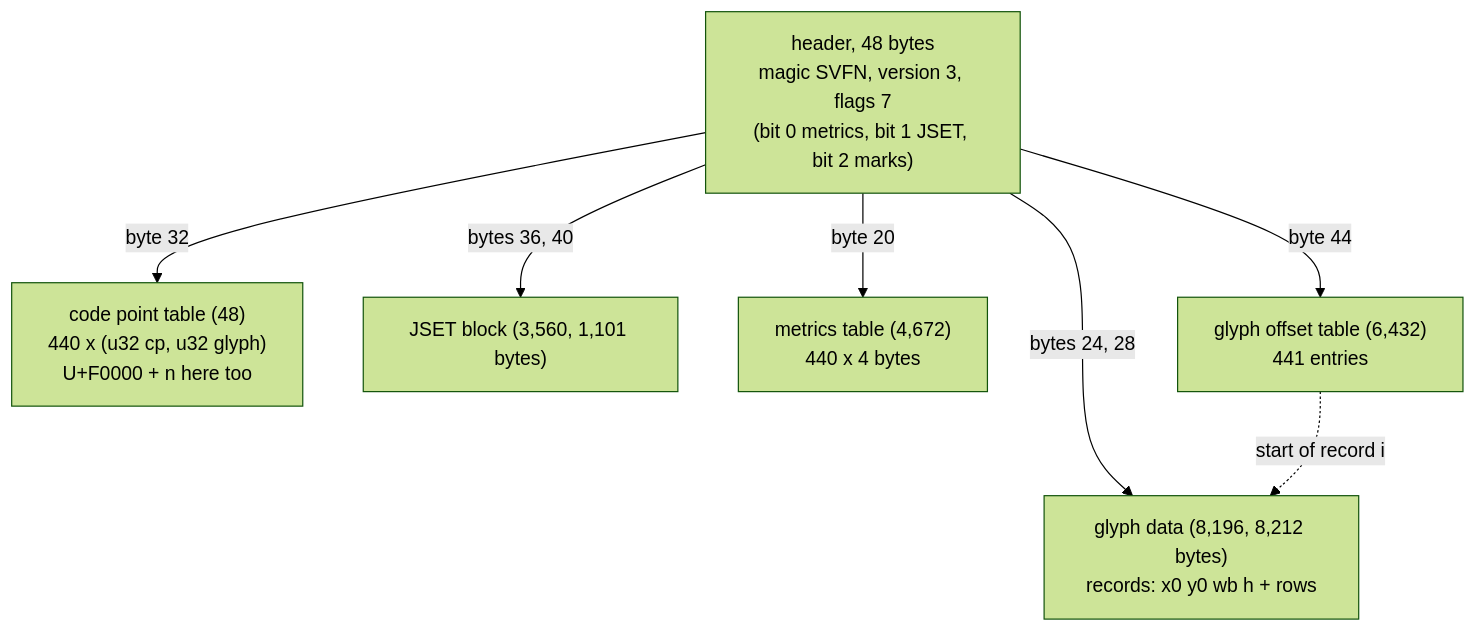
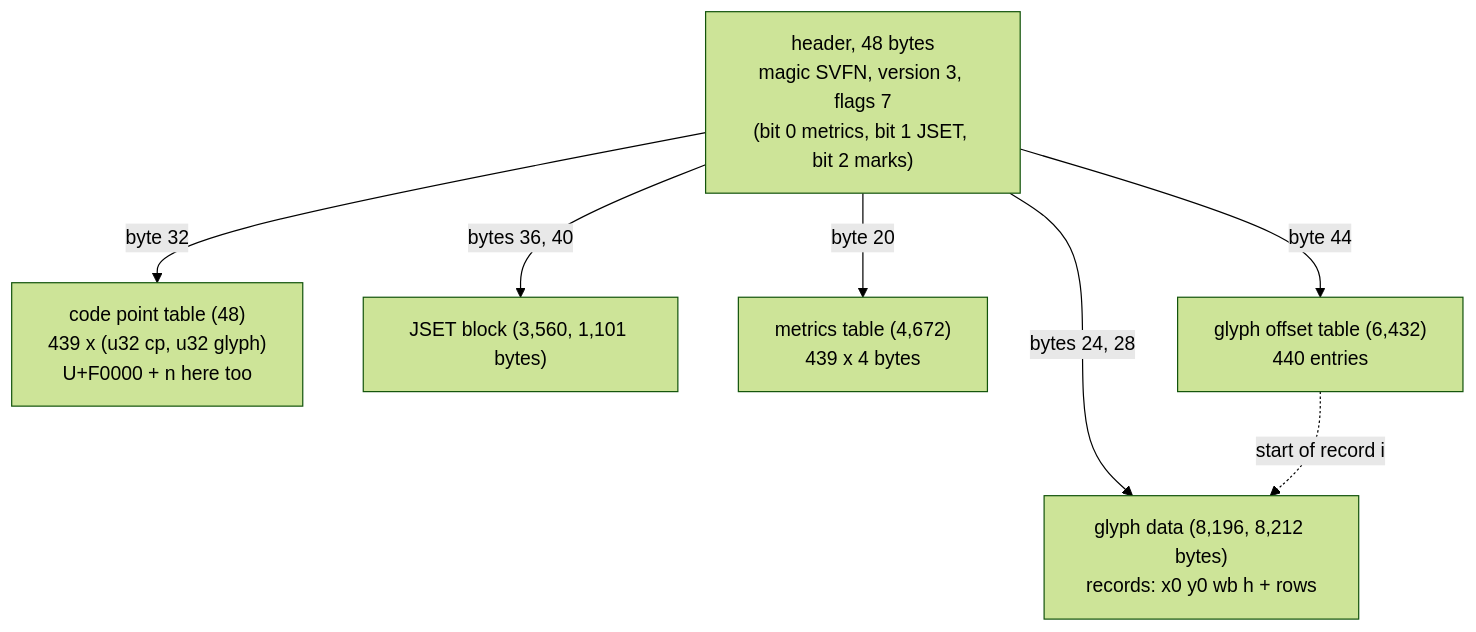
Diagram 13 of 27 in docs/jamo-sets.md (TaehyunKimLL/svf-fonts-open), drawn with Mermaid (forest theme) before and after one commit. The commit also changed other lines of this file and 10 other files, not shown here.

Commit message:
docs/jamo-sets: 삼보/KSSM 상용 조합형 and KS C 5601-1987 (행정전산망) history with a timeline and sources; README front-page document index incl. recipes; tests and NOTICE updated for svf/iolo/SANS8J (117 faces, 67 jamo) (GPT-SOL, t_9de1eebd)

````diff
--- a/docs/jamo-sets.md
+++ b/docs/jamo-sets.md
@@ -545,10 +562,10 @@
 ```mermaid
 flowchart TD
   H["header, 48 bytes<br/>magic SVFN, version 3, flags 7<br/>(bit 0 metrics, bit 1 JSET, bit 2 marks)"]
-  H -->|"byte 32"| C["code point table (48)<br/>440 x (u32 cp, u32 glyph)<br/>U+F0000 + n here too"]
+  H -->|"byte 32"| C["code point table (48)<br/>439 x (u32 cp, u32 glyph)<br/>U+F0000 + n here too"]
   H -->|"bytes 36, 40"| J["JSET block (3,560, 1,101 bytes)"]
-  H -->|"byte 20"| M["metrics table (4,672)<br/>440 x 4 bytes"]
-  H -->|"byte 44"| O["glyph offset table (6,432)<br/>441 entries"]
+  H -->|"byte 20"| M["metrics table (4,672)<br/>439 x 4 bytes"]
+  H -->|"byte 44"| O["glyph offset table (6,432)<br/>440 entries"]
   H -->|"bytes 24, 28"| D["glyph data (8,196, 8,212 bytes)<br/>records: x0 y0 wb h + rows"]
   O -.->|start of record i| D
 ```
````
